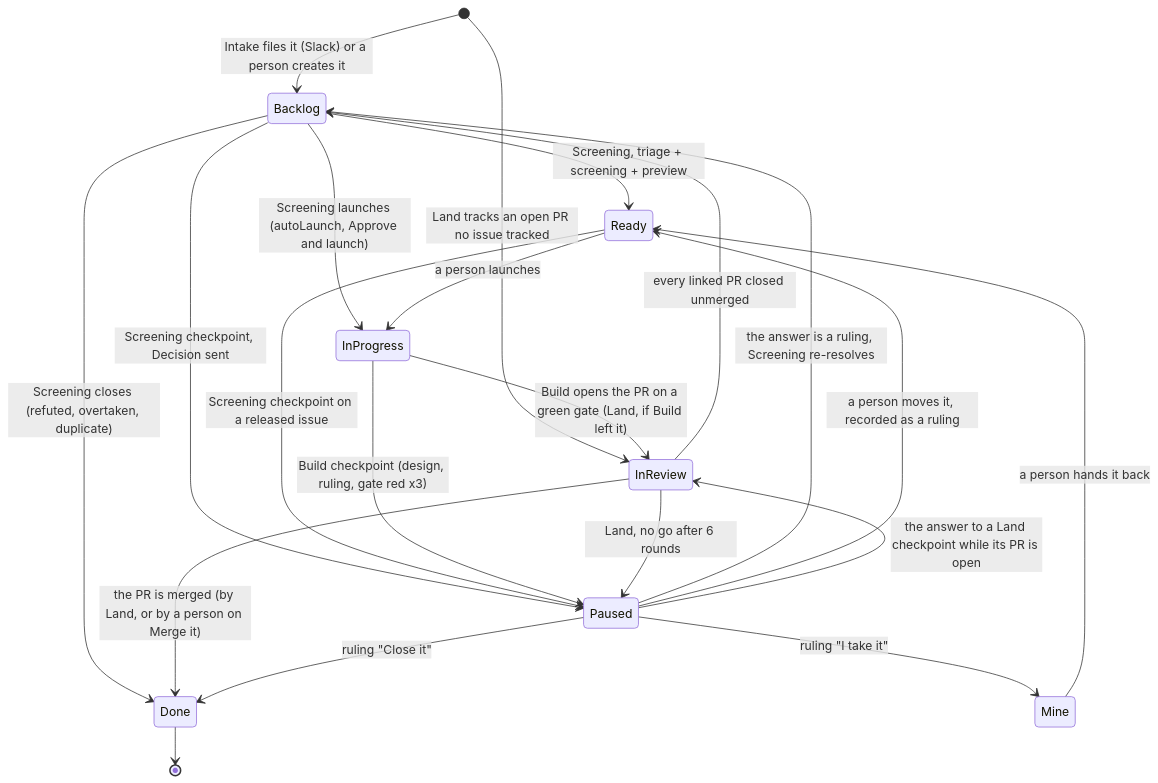
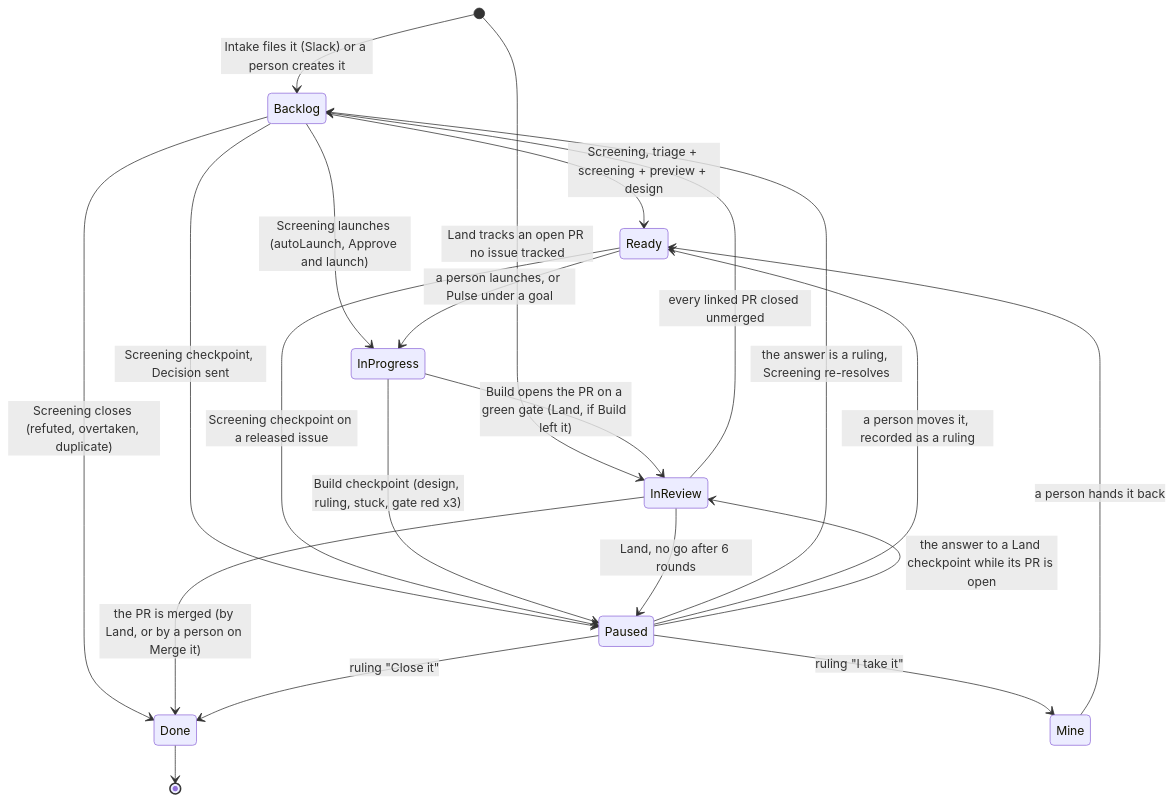
Before and after one commit to standardshq/skills: the diagram in skills/working-on-issues/workflow.md, drawn with Mermaid. The commit also changed other lines of this file and 13 other files, not shown here.

First line of the commit message:
feat: the factory takes big issues, and Pulse follows a person's goals

````diff
--- a/skills/working-on-issues/workflow.md
+++ b/skills/working-on-issues/workflow.md
@@ -6,23 +6,23 @@
 ```mermaid
 stateDiagram-v2
   [*] --> Backlog: Intake files it (Slack) or a person creates it
   [*] --> InReview: Land tracks an open PR no issue tracked
-  Backlog --> Ready: Screening, triage + screening + preview
+  Backlog --> Ready: Screening, triage + screening + preview + design
   Backlog --> InProgress: Screening launches (autoLaunch, Approve and launch)
   Backlog --> Paused: Screening checkpoint, Decision sent
   Backlog --> Done: Screening closes (refuted, overtaken, duplicate)
-  Ready --> InProgress: a person launches
+  Ready --> InProgress: a person launches, or Pulse under a goal
   Ready --> Paused: Screening checkpoint on a released issue
   InProgress --> InReview: Build opens the PR on a green gate (Land, if Build left it)
-  InProgress --> Paused: Build checkpoint (design, ruling, gate red x3)
+  InProgress --> Paused: Build checkpoint (design, ruling, stuck, gate red x3)
   InReview --> Done: the PR is merged (by Land, or by a person on Merge it)
   InReview --> Paused: Land, no go after 6 rounds
   InReview --> Backlog: every linked PR closed unmerged
   Paused --> Backlog: the answer is a ruling, Screening re-resolves
   Paused --> Ready: a person moves it, recorded as a ruling
   Paused --> Mine: ruling "I take it"
   Paused --> InReview: the answer to a Land checkpoint while its PR is open
   Paused --> Done: ruling "Close it"
   Mine --> Ready: a person hands it back
   Done --> [*]
 ```
````
